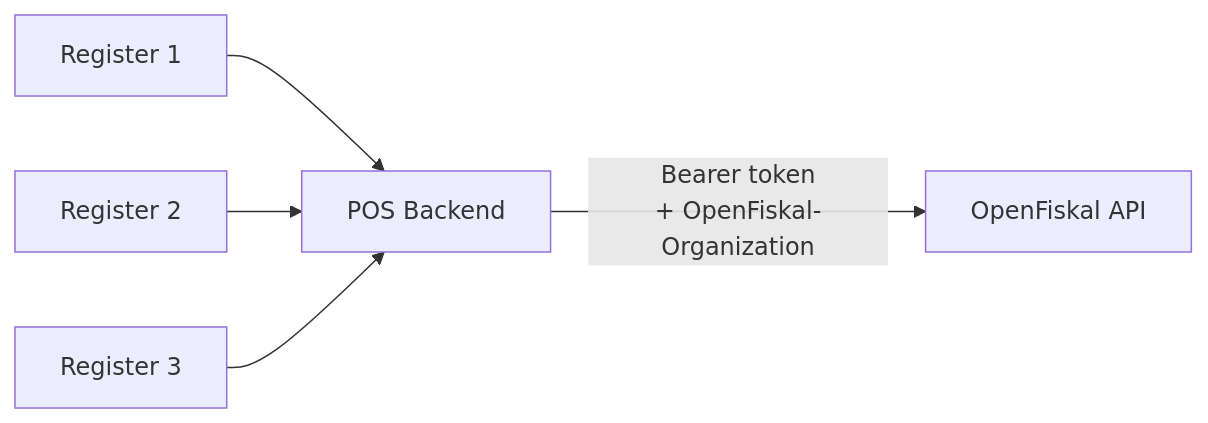
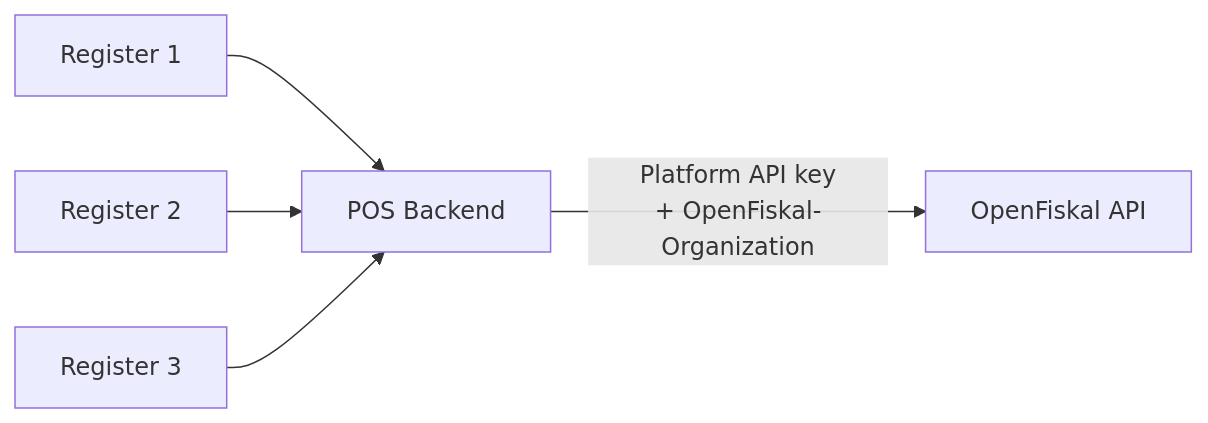
One commit to F-C-Corp/docs changed the first of 3 diagrams in integration-topologies.mdx. Above: the diagram before and after it, drawn with Mermaid. The commit also changed other lines of this file and 5 other files, not shown here.

First line of the commit message:
Switch from OAuth2 to Stripe-style platform API keys

````diff
--- a/integration-topologies.mdx
+++ b/integration-topologies.mdx
@@ -23,7 +23,7 @@
 ```mermaid
 flowchart LR
     R1[Register 1] --> B[POS Backend]
     R2[Register 2] --> B
     R3[Register 3] --> B
-    B -- "Bearer token\n+ OpenFiskal-Organization" --> O[OpenFiskal API]
+    B -- "Platform API key\n+ OpenFiskal-Organization" --> O[OpenFiskal API]
 ```
````
